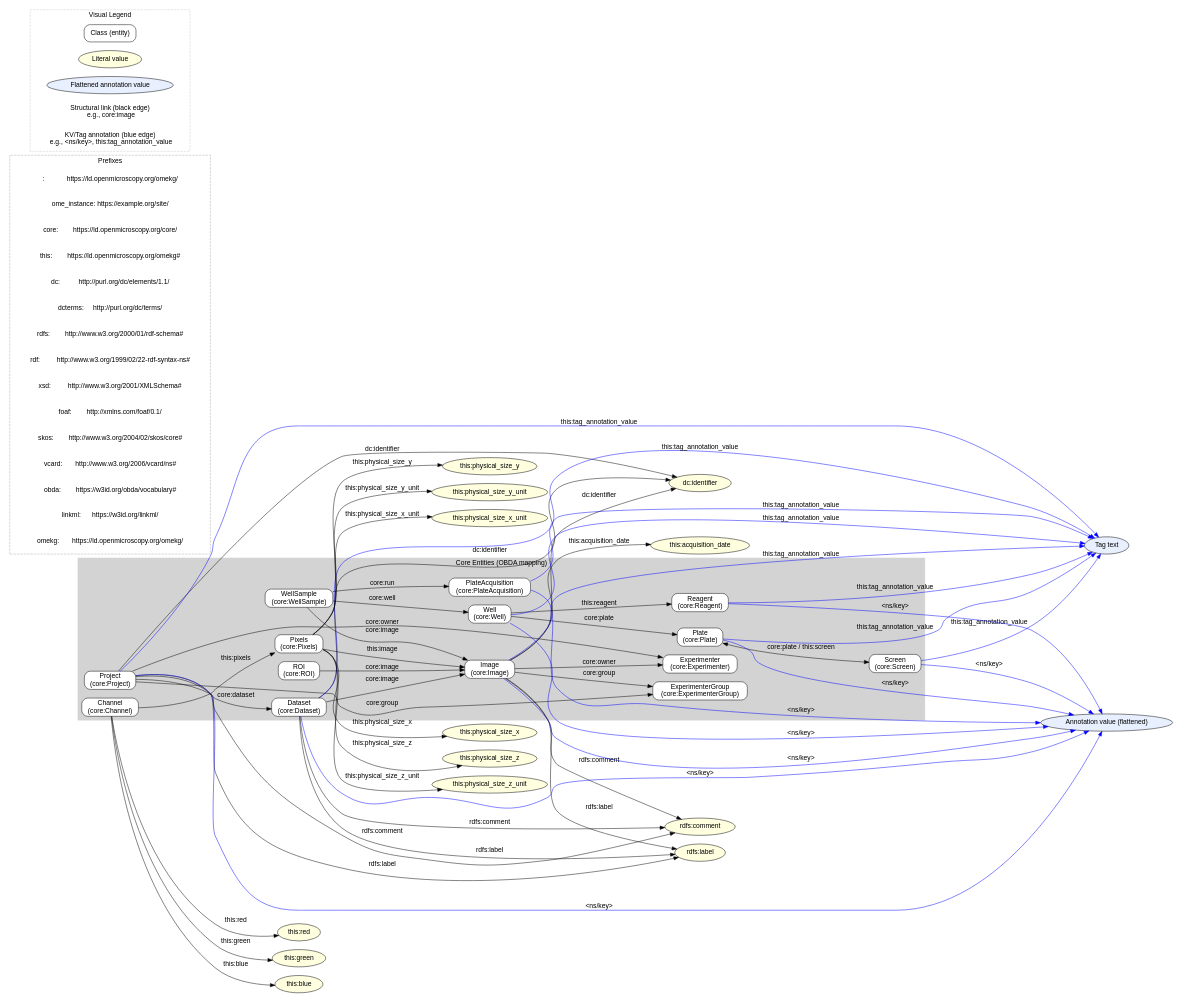
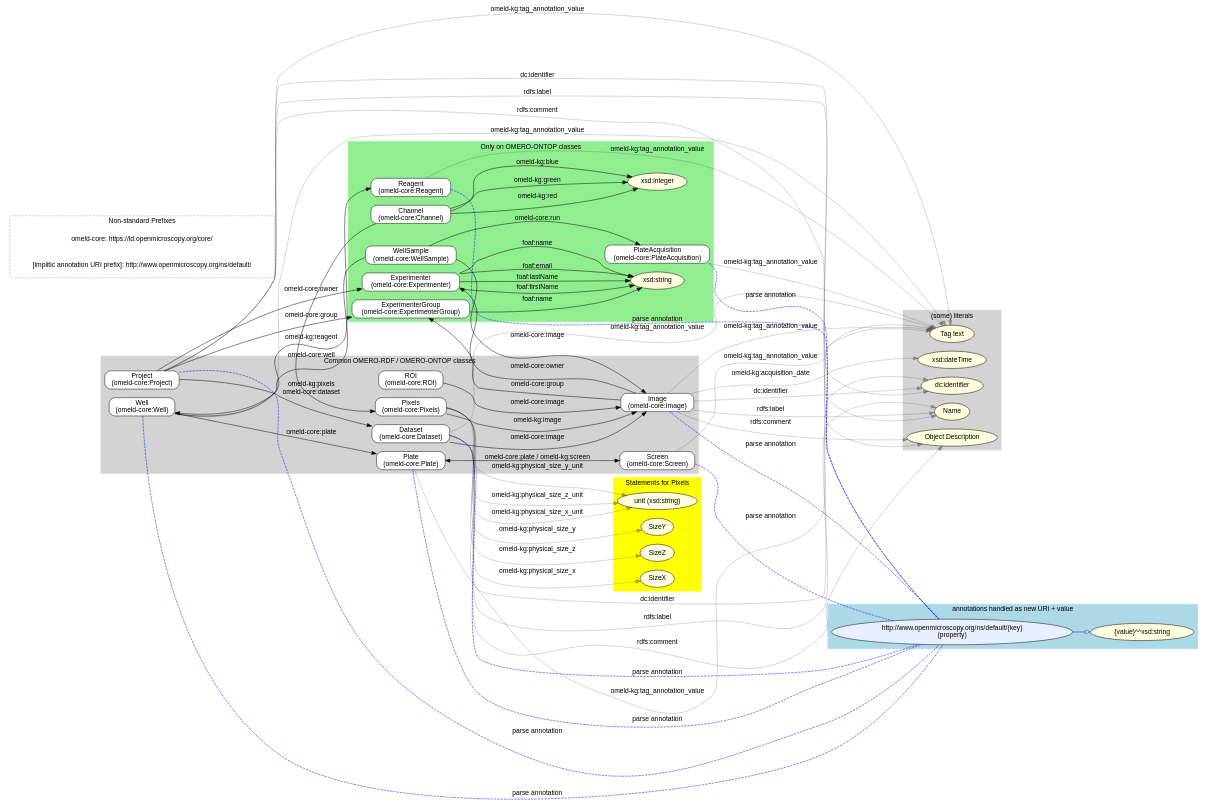
Before and after one commit to lubianat/omero-ontop-to-rdf-comparisons: the diagram in omero-ontop-graphviz.dot, drawn with Graphviz. The commit also changed 3 other files, not shown here.

Commit message:
Add graphviz models for both setups

```diff
--- a/omero-ontop-graphviz.dot
+++ b/omero-ontop-graphviz.dot
@@ -13,170 +13,192 @@
     // Core entity classes
     // =========================
     subgraph cluster_entities {
-        label = "Core Entities (OBDA mapping)";
+        label = "Common OMERO-RDF / OMERO-ONTOP classes";
         style = filled;
         color = lightgrey;
         
-        Project [label = "Project\n(core:Project)";shape = box;style = "rounded,filled";fillcolor = white;];
-        Dataset [label = "Dataset\n(core:Dataset)";shape = box;style = "rounded,filled";fillcolor = white;];
-        Image [label = "Image\n(core:Image)";shape = box;style = "rounded,filled";fillcolor = white;];
-        Pixels [label = "Pixels\n(core:Pixels)";shape = box;style = "rounded,filled";fillcolor = white;];
-        ROI [label = "ROI\n(core:ROI)";shape = box;style = "rounded,filled";fillcolor = white;];
-        Channel [label = "Channel\n(core:Channel)";shape = box;style = "rounded,filled";fillcolor = white;];
-        Screen [label = "Screen\n(core:Screen)";shape = box;style = "rounded,filled";fillcolor = white;];
-        Plate [label = "Plate\n(core:Plate)";shape = box;style = "rounded,filled";fillcolor = white;];
-        Well [label = "Well\n(core:Well)";shape = box;style = "rounded,filled";fillcolor = white;];
-        WellSample [label = "WellSample\n(core:WellSample)";shape = box;style = "rounded,filled";fillcolor = white;];
-        PlateAcq [label = "PlateAcquisition\n(core:PlateAcquisition)";shape = box;style = "rounded,filled";fillcolor = white;];
-        Reagent [label = "Reagent\n(core:Reagent)";shape = box;style = "rounded,filled";fillcolor = white;];
-        Expmt [label = "Experimenter\n(core:Experimenter)";shape = box;style = "rounded,filled";fillcolor = white;];
-        ExpGrp [label = "ExperimenterGroup\n(core:ExperimenterGroup)";shape = box;style = "rounded,filled";fillcolor = white;];
+        Project [label = "Project\n(omeld-core:Project)";shape = box;style = "rounded,filled";fillcolor = white;];
+        Dataset [label = "Dataset\n(omeld-core:Dataset)";shape = box;style = "rounded,filled";fillcolor = white;];
+        Image [label = "Image\n(omeld-core:Image)";shape = box;style = "rounded,filled";fillcolor = white;];
+        Pixels [label = "Pixels\n(omeld-core:Pixels)";shape = box;style = "rounded,filled";fillcolor = white;];
+        ROI [label = "ROI\n(omeld-core:ROI)";shape = box;style = "rounded,filled";fillcolor = white;];
+        Screen [label = "Screen\n(omeld-core:Screen)";shape = box;style = "rounded,filled";fillcolor = white;];
+        Plate [label = "Plate\n(omeld-core:Plate)";shape = box;style = "rounded,filled";fillcolor = white;];
+        Well [label = "Well\n(omeld-core:Well)";shape = box;style = "rounded,filled";fillcolor = white;];
+    }
+    // Tags flattened as literals
+    
+    edge [color = "#00000055";];
+    Dataset -> "Tag text" [label = "omeld-kg:tag_annotation_value";];
+    Image -> "Tag text" [label = "omeld-kg:tag_annotation_value";];
+    Project -> "Tag text" [label = "omeld-kg:tag_annotation_value";];
+    Screen -> "Tag text" [label = "omeld-kg:tag_annotation_value";];
+    Plate -> "Tag text" [label = "omeld-kg:tag_annotation_value";];
+    PlateAcq -> "Tag text" [label = "omeld-kg:tag_annotation_value";];
+    Reagent -> "Tag text" [label = "omeld-kg:tag_annotation_value";];
+    Well -> "Tag text" [label = "omeld-kg:tag_annotation_value";];
+    edge [color = "#000000";];
+    
+    subgraph cluster_entities_2 {
+        label = "Only on OMERO-ONTOP classes";
+        style = filled;
+        color = lightgreen;
+        
+        Channel [label = "Channel\n(omeld-core:Channel)";shape = box;style = "rounded,filled";fillcolor = white;];
+        WellSample [label = "WellSample\n(omeld-core:WellSample)";shape = box;style = "rounded,filled";fillcolor = white;];
+        PlateAcq [label = "PlateAcquisition\n(omeld-core:PlateAcquisition)";shape = box;style = "rounded,filled";fillcolor = white;];
+        Reagent [label = "Reagent\n(omeld-core:Reagent)";shape = box;style = "rounded,filled";fillcolor = white;];
+        Expmtr [label = "Experimenter\n(omeld-core:Experimenter)";shape = box;style = "rounded,filled";fillcolor = white;];
+        ExpGrp [label = "ExperimenterGroup\n(omeld-core:ExperimenterGroup)";shape = box;style = "rounded,filled";fillcolor = white;];
+        
+        
+        
+        Channel -> "xsd:integer" [label = "omeld-kg:red";];
+        Channel -> "xsd:integer" [label = "omeld-kg:green";];
+        Channel -> "xsd:integer" [label = "omeld-kg:blue";];
+        "xsd:integer" [shape = ellipse;style = "filled";fillcolor = "lightyellow";];
+        "xsd:string" [shape = ellipse;style = filled;fillcolor = lightyellow;];
     }
     
     // =========================
     // Structural relationships
     // =========================
     // Datasets & Images
-    Dataset -> Image [label = "core:image";];
+    Dataset -> Image [label = "omeld-core:image";];
     
     // Projects ↔ Datasets
-    Project -> Dataset [label = "core:dataset";];
+    Project -> Dataset [label = "omeld-core:dataset";];
     
     // Pixels / Image / ROI / Channel
-    Pixels -> Image [label = "this:image";];
-    ROI -> Image [label = "core:image";];
-    Channel -> Pixels [label = "this:pixels";];
+    Pixels -> Image [label = "omeld-kg:image";];
+    ROI -> Image [label = "omeld-core:image";];
+    Channel -> Pixels [label = "omeld-kg:pixels";];
     
     // Screens, Plates, Wells
-    Well -> Plate [label = "core:plate";];
+    Well -> Plate [label = "omeld-core:plate";];
     // Plate ↔ Screen (both directions exist in mappings)
-    Plate -> Screen [dir = both; label = "core:plate / this:screen";];
+    Plate -> Screen [dir = both; label = "omeld-core:plate / omeld-kg:screen";];
     
     // WellSample joins
-    WellSample -> Well [label = "core:well";];
-    WellSample -> PlateAcq [label = "core:run";];
-    WellSample -> Image [label = "core:image";];
+    WellSample -> Well [label = "omeld-core:well";];
+    WellSample -> PlateAcq [label = "omeld-core:run";];
+    WellSample -> Image [label = "omeld-core:image";];
     
     // Reagents linked from Wells
-    Well -> Reagent [label = "this:reagent";];
+    Well -> Reagent [label = "omeld-kg:reagent";];
     
     // Ownership & Group (pattern shown on representative nodes)
-    Project -> Expmt [label = "core:owner";];
-    Project -> ExpGrp [label = "core:group";];
-    Image -> Expmt [label = "core:owner";];
-    Image -> ExpGrp [label = "core:group";];
+    Project -> Expmtr [label = "omeld-core:owner";];
+    Project -> ExpGrp [label = "omeld-core:group";];
+    
+    ExpGrp -> "xsd:string" [label = "foaf:name";];
+    
+    Expmtr -> "xsd:string" [label = "foaf:firstName";];
+    Expmtr -> "xsd:string" [label = "foaf:lastName";];
+    Expmtr -> "xsd:string" [label = "foaf:email";];
+    Expmtr -> "xsd:string" [label = "foaf:name";];
+    
+    
+    Image -> Expmtr [label = "omeld-core:owner";];
+    Image -> ExpGrp [label = "omeld-core:group";];
     
     // =========================
     // Metadata literals (representative)
     // =========================
+    edge [color = "#00000055";];
     Project -> "dc:identifier" [label = "dc:identifier";];
-    Project -> "rdfs:label" [label = "rdfs:label";];
-    Project -> "rdfs:comment" [label = "rdfs:comment";];
+    Project -> "Name" [label = "rdfs:label";];
+    Project -> "Object Description" [label = "rdfs:comment";];
     
     Dataset -> "dc:identifier" [label = "dc:identifier";];
-    Dataset -> "rdfs:label" [label = "rdfs:label";];
-    Dataset -> "rdfs:comment" [label = "rdfs:comment";];
+    Dataset -> "Name" [label = "rdfs:label";];
+    Dataset -> "Object Description" [label = "rdfs:comment";];
     
     Image -> "dc:identifier" [label = "dc:identifier";];
-    Image -> "rdfs:label" [label = "rdfs:label";];
-    Image -> "rdfs:comment" [label = "rdfs:comment";];
-    Image -> "this:acquisition_date" [label = "this:acquisition_date";];
+    Image -> "Name" [label = "rdfs:label";];
+    Image -> "Object Description" [label = "rdfs:comment";];
+    Image -> "xsd:dateTime" [label = "omeld-kg:acquisition_date";];
+    edge [color = "#000000";];
     
-    Channel -> "this:red" [label = "this:red";];
-    Channel -> "this:green" [label = "this:green";];
-    Channel -> "this:blue" [label = "this:blue";];
+    subgraph cluster_direct_literals {
+        label = "(some) literals";
+        style = filled;
+        color = lightgray;
+        
+        "Name" [shape = ellipse;style = filled;fillcolor = lightyellow;];
+        "Object Description" [shape = ellipse;style = filled;fillcolor = lightyellow;];
+        "dc:identifier" [shape = ellipse;style = filled;fillcolor = lightyellow;];
+        "Tag text" [shape = ellipse;style = "filled";fillcolor = "lightyellow";];
+        "xsd:dateTime" [shape = ellipse;style = "filled";fillcolor = "lightyellow";];
+    }
     
-    Pixels -> "this:physical_size_x" [label = "this:physical_size_x";];
-    Pixels -> "this:physical_size_x_unit" [label = "this:physical_size_x_unit";];
-    Pixels -> "this:physical_size_y" [label = "this:physical_size_y";];
-    Pixels -> "this:physical_size_y_unit" [label = "this:physical_size_y_unit";];
-    Pixels -> "this:physical_size_z" [label = "this:physical_size_z";];
-    Pixels -> "this:physical_size_z_unit" [label = "this:physical_size_z_unit";];
     
-    // Literal node styling
-    "dc:identifier" [shape = ellipse;style = filled;fillcolor = lightyellow;];
-    "rdfs:label" [shape = ellipse;style = filled;fillcolor = lightyellow;];
-    "rdfs:comment" [shape = ellipse;style = filled;fillcolor = lightyellow;];
-    "this:acquisition_date" [shape = ellipse;style = filled;fillcolor = lightyellow;];
-    "this:red" [shape = ellipse;style = filled;fillcolor = lightyellow;];
-    "this:green" [shape = ellipse;style = filled;fillcolor = lightyellow;];
-    "this:blue" [shape = ellipse;style = filled;fillcolor = lightyellow;];
-    "this:physical_size_x" [shape = ellipse;style = filled;fillcolor = lightyellow;];
-    "this:physical_size_y" [shape = ellipse;style = filled;fillcolor = lightyellow;];
-    "this:physical_size_z" [shape = ellipse;style = filled;fillcolor = lightyellow;];
-    "this:physical_size_x_unit" [shape = ellipse;style = filled;fillcolor = lightyellow;];
-    "this:physical_size_y_unit" [shape = ellipse;style = filled;fillcolor = lightyellow;];
-    "this:physical_size_z_unit" [shape = ellipse;style = filled;fillcolor = lightyellow;];
+    
+    
+    subgraph cluster_pixels {
+        label = "Statements for Pixels";
+        style = filled;
+        color = yellow;
+        
+        edge [color = "#00000055";];
+        Pixels -> "SizeX" [label = "omeld-kg:physical_size_x";];
+        Pixels -> "unit (xsd:string)" [label = "omeld-kg:physical_size_x_unit";];
+        Pixels -> "SizeY" [label = "omeld-kg:physical_size_y";];
+        Pixels -> "unit (xsd:string)" [label = "omeld-kg:physical_size_y_unit";];
+        Pixels -> "SizeZ" [label = "omeld-kg:physical_size_z";];
+        Pixels -> "unit (xsd:string)" [label = "omeld-kg:physical_size_z_unit";];
+        edge [color = "#000000";];
+        
+        "unit (xsd:string)" [shape = ellipse;style = filled;fillcolor = lightyellow;];
+        "SizeX" [shape = ellipse;style = filled;fillcolor = lightyellow;];
+        "SizeY" [shape = ellipse;style = filled;fillcolor = lightyellow;];
+        "SizeZ" [shape = ellipse;style = filled;fillcolor = lightyellow;];
+    }
+    
     
     // =========================
     // Flattened annotations (blue edges)
     // =========================
     edge [color = blue;];
     // Key–value annotations become dynamic predicates <namespace/key> with literal values.
-    Project -> "KV value" [label = "<ns/key>";];
-    Dataset -> "KV value" [label = "<ns/key>";];
-    Image -> "KV value" [label = "<ns/key>";];
-    Screen -> "KV value" [label = "<ns/key>";];
-    Plate -> "KV value" [label = "<ns/key>";];
-    PlateAcq -> "KV value" [label = "<ns/key>";];
-    Well -> "KV value" [label = "<ns/key>";];
-    Reagent -> "KV value" [label = "<ns/key>";];
+    Project -> "KV handling" [label = "parse annotation"; style = "dashed"; arrowhead = "none";];
+    Dataset -> "KV handling" [label = "parse annotation"; style = "dashed"; arrowhead = "none";];
+    Image -> "KV handling" [label = "parse annotation"; style = "dashed"; arrowhead = "none";];
+    Screen -> "KV handling" [label = "parse annotation"; style = "dashed"; arrowhead = "none";];
+    Plate -> "KV handling" [label = "parse annotation"; style = "dashed"; arrowhead = "none";];
+    PlateAcq -> "KV handling" [label = "parse annotation"; style = "dashed"; arrowhead = "none";];
+    Well -> "KV handling" [label = "parse annotation"; style = "dashed"; arrowhead = "none";];
+    Reagent -> "KV handling" [label = "parse annotation"; style = "dashed"; arrowhead = "none";];
     
-    // Tags flattened as literals
-    Dataset -> "Tag text" [label = "this:tag_annotation_value";];
-    Image -> "Tag text" [label = "this:tag_annotation_value";];
-    Project -> "Tag text" [label = "this:tag_annotation_value";];
-    Screen -> "Tag text" [label = "this:tag_annotation_value";];
-    Plate -> "Tag text" [label = "this:tag_annotation_value";];
-    PlateAcq -> "Tag text" [label = "this:tag_annotation_value";];
-    Reagent -> "Tag text" [label = "this:tag_annotation_value";];
-    Well -> "Tag text" [label = "this:tag_annotation_value";];
     
-    // Style for flattened annotation literal targets
-    "KV value" [shape = ellipse;style = "filled";fillcolor = "#e8f0ff";label = "Annotation value (flattened)";];
-    "Tag text" [shape = ellipse;style = "filled";fillcolor = "#e8f0ff";label = "Tag text";];
     
+    subgraph cluster_annotation {
+        label = "annotations handled as new URI + value";
+        color = lightblue;
+        style = filled;
+        
+        // Style for flattened annotation literal targets
+        "KV handling" [shape = ellipse;style = "filled";fillcolor = "#e8f0ff";label = "http://www.openmicroscopy.org/ns/default/{key}\n (property)";];
+        
+        "KV handling" -> "{value}^^xsd:string" [shape = ellipse; style = "filled"; fillcolor = "lightyellow";];
+        
+        "{value}^^xsd:string" [shape = ellipse;style = "filled";fillcolor = "lightyellow";];
+    }
     // Reset edge color
     edge [color = black;];
     
     // =========================
     // Prefix legend (compact)
     // =========================
+    
+    
     subgraph cluster_prefixes {
-        label = "Prefixes";
+        label = "Non-standard Prefixes";
         style = dashed;
         color = "#aaaaaa";
         
-        pref1 [shape = plaintext;label = ":            https://ld.openmicroscopy.org/omekg/";];
-        pref2 [shape = plaintext;label = "ome_instance: https://example.org/site/";];
-        pref3 [shape = plaintext;label = "core:        https://ld.openmicroscopy.org/core/";];
-        pref4 [shape = plaintext;label = "this:        https://ld.openmicroscopy.org/omekg#";];
-        pref5 [shape = plaintext;label = "dc:          http://purl.org/dc/elements/1.1/";];
-        pref6 [shape = plaintext;label = "dcterms:     http://purl.org/dc/terms/";];
-        pref7 [shape = plaintext;label = "rdfs:        http://www.w3.org/2000/01/rdf-schema#";];
-        pref8 [shape = plaintext;label = "rdf:         http://www.w3.org/1999/02/22-rdf-syntax-ns#";];
-        pref9 [shape = plaintext;label = "xsd:         http://www.w3.org/2001/XMLSchema#";];
-        pref10 [shape = plaintext;label = "foaf:        http://xmlns.com/foaf/0.1/";];
-        pref11 [shape = plaintext;label = "skos:        http://www.w3.org/2004/02/skos/core#";];
-        pref12 [shape = plaintext;label = "vcard:       http://www.w3.org/2006/vcard/ns#";];
-        pref13 [shape = plaintext;label = "obda:        https://w3id.org/obda/vocabulary#";];
-        pref14 [shape = plaintext;label = "linkml:      https://w3id.org/linkml/";];
-        pref15 [shape = plaintext;label = "omekg:       https://ld.openmicroscopy.org/omekg/";];
-    }
-    
-    // =========================
-    // Visual hints
-    // =========================
-    // Optional tiny legend for shapes/colors (kept subtle)
-    subgraph cluster_legend {
-        label = "Visual Legend";
-        style = "dashed";
-        color = "#cccccc";
-        
-        cls [label = "Class (entity)";shape = box;style = "rounded,filled";fillcolor = white;];
-        lit [label = "Literal value";shape = ellipse;style = "filled";fillcolor = lightyellow;];
-        ann [label = "Flattened annotation value";shape = ellipse;style = "filled";fillcolor = "#e8f0ff";];
-        rel [label = "Structural link (black edge)\n  e.g., core:image";shape = plaintext;];
-        kv [label = "KV/Tag annotation (blue edge)\n  e.g., <ns/key>, this:tag_annotation_value";shape = plaintext;];
+        pref3 [shape = plaintext;label = "omeld-core: https://ld.openmicroscopy.org/core/";];
+        pref4 [shape = plaintext;label = "omeld-kg: https://ld.openmicroscopy.org/omekg#";];
+        pref4 [shape = plaintext;label = "[implitic annotation URI prefix]: http://www.openmicroscopy.org/ns/default/";];
     }
 }
```
